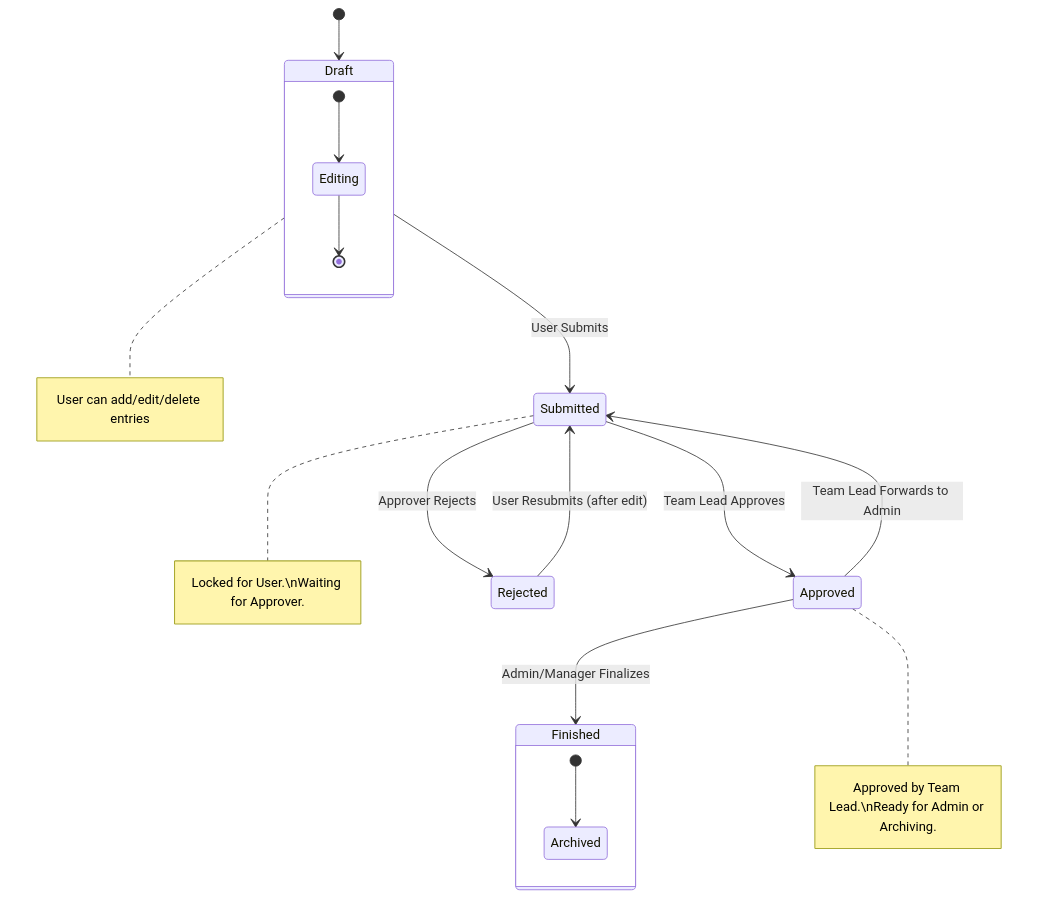
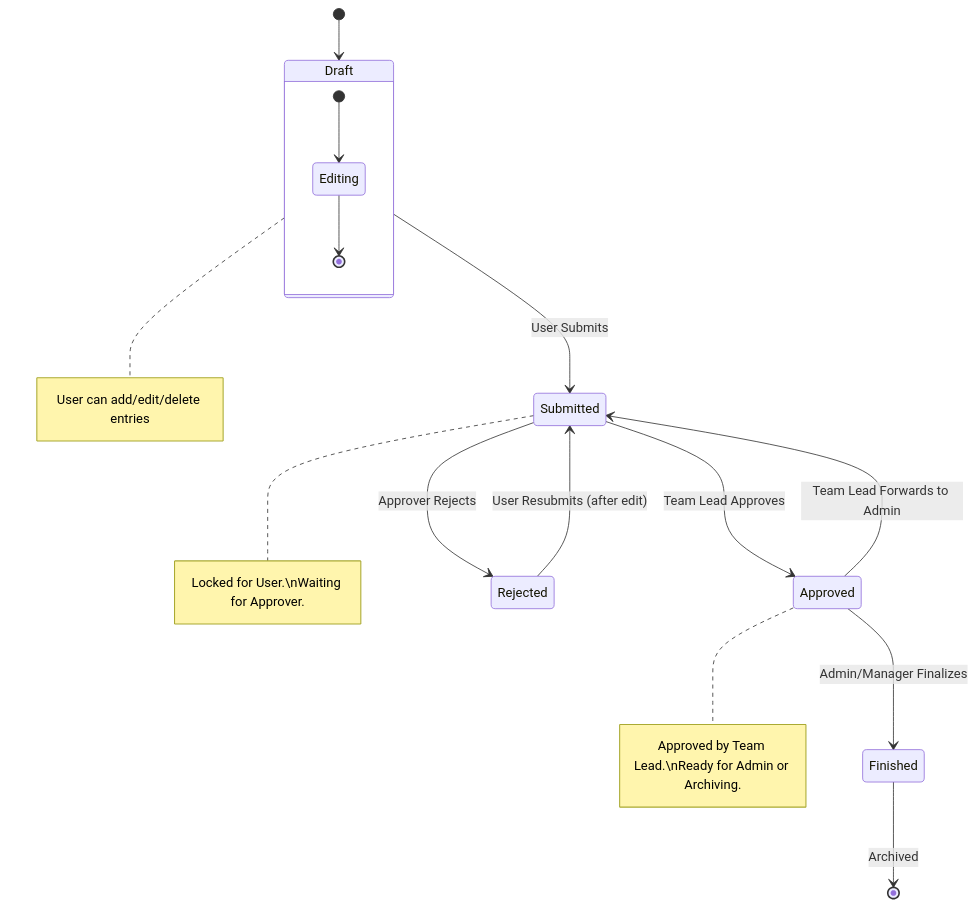
The diagram in docs/timesheet/data-flow.md (mindinh/timesheet-management), drawn with Mermaid before and after one commit. The commit also changed 6 other files, not shown here.

````diff
--- a/docs/timesheet/data-flow.md
+++ b/docs/timesheet/data-flow.md
@@ -9,25 +9,23 @@
 ```mermaid
 stateDiagram-v2
     [*] --> Draft
     Draft --> Submitted: User Submits
     Submitted --> Approved: Team Lead Approves
     Submitted --> Rejected: Approver Rejects
     Approved --> Submitted: Team Lead Forwards to Admin
     Approved --> Finished: Admin/Manager Finalizes
     
     Rejected --> Submitted: User Resubmits (after edit)
     
     state Draft {
         [*] --> Editing
         Editing --> [*]
     }
     note right of Draft: User can add/edit/delete entries
 
     note right of Submitted: Locked for User.\nWaiting for Approver.
 
     note right of Approved: Approved by Team Lead.\nReady for Admin or Archiving.
 
-    state Finished {
-        [*] --> Archived
-    }
+    Finished --> [*] : Archived
 ```
````
